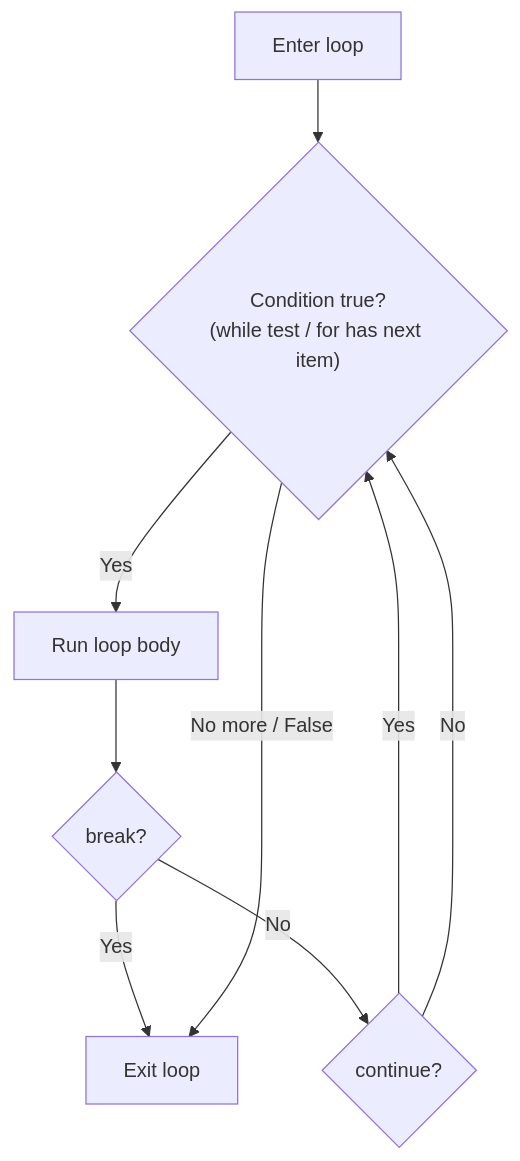
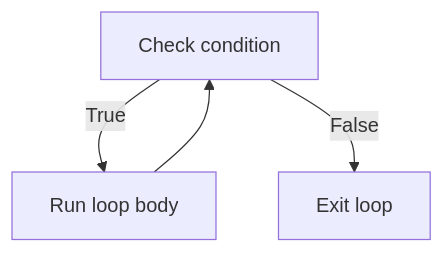
The first of 2 diagrams in CRESCENT/python-foundations/modules/p2-control-structures-functions-tooling/unit-2-2-loops.md (Kaveripriya/AI-Academy), drawn with Mermaid before and after one commit. The commit also changed other lines of this file, not shown here.

Commit message:
Replace complex combined loop diagram with simple while and for loop diagrams in Unit 2.2

````diff
--- a/CRESCENT/python-foundations/modules/p2-control-structures-functions-tooling/unit-2-2-loops.md
+++ b/CRESCENT/python-foundations/modules/p2-control-structures-functions-tooling/unit-2-2-loops.md
@@ -111,11 +88,6 @@
 ```mermaid
 flowchart TD
-    A["Enter loop"] --> B{"Condition true?<br/>(while test / for has next item)"}
-    B -->|Yes| C["Run loop body"]
-    C --> D{"break?"}
-    D -->|Yes| F["Exit loop"]
-    D -->|No| E{"continue?"}
-    E -->|Yes| B
-    E -->|No| B
-    B -->|No more / False| F
+    A["Check condition"] -->|True| B["Run loop body"]
+    B --> A
+    A -->|False| C["Exit loop"]
 ```
````
